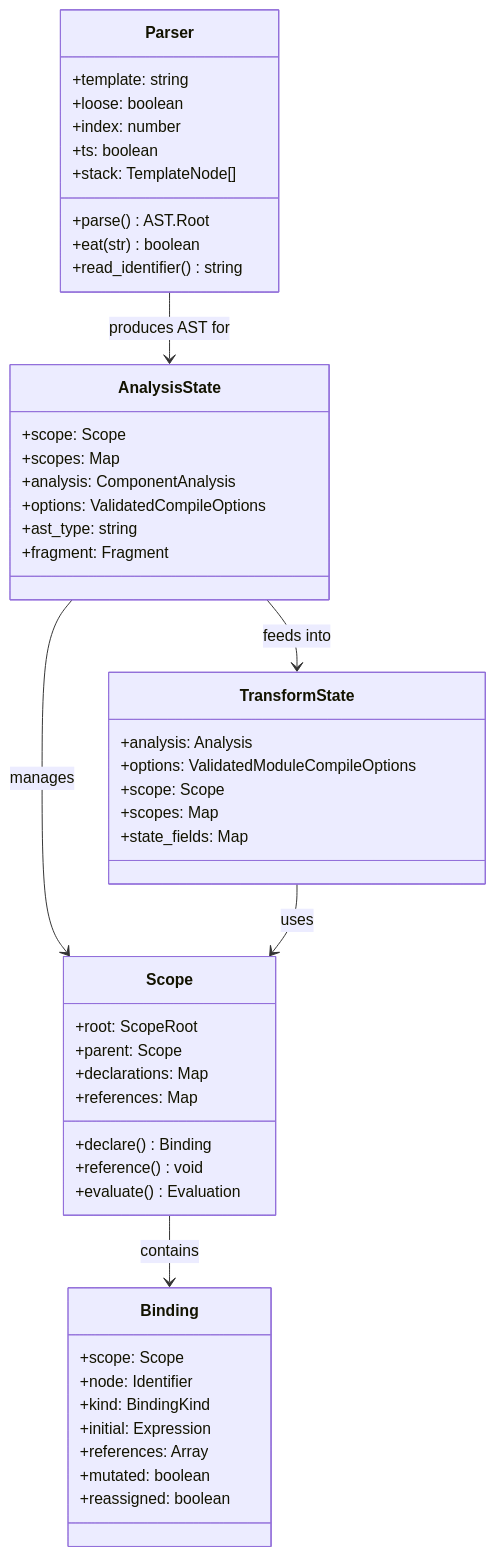
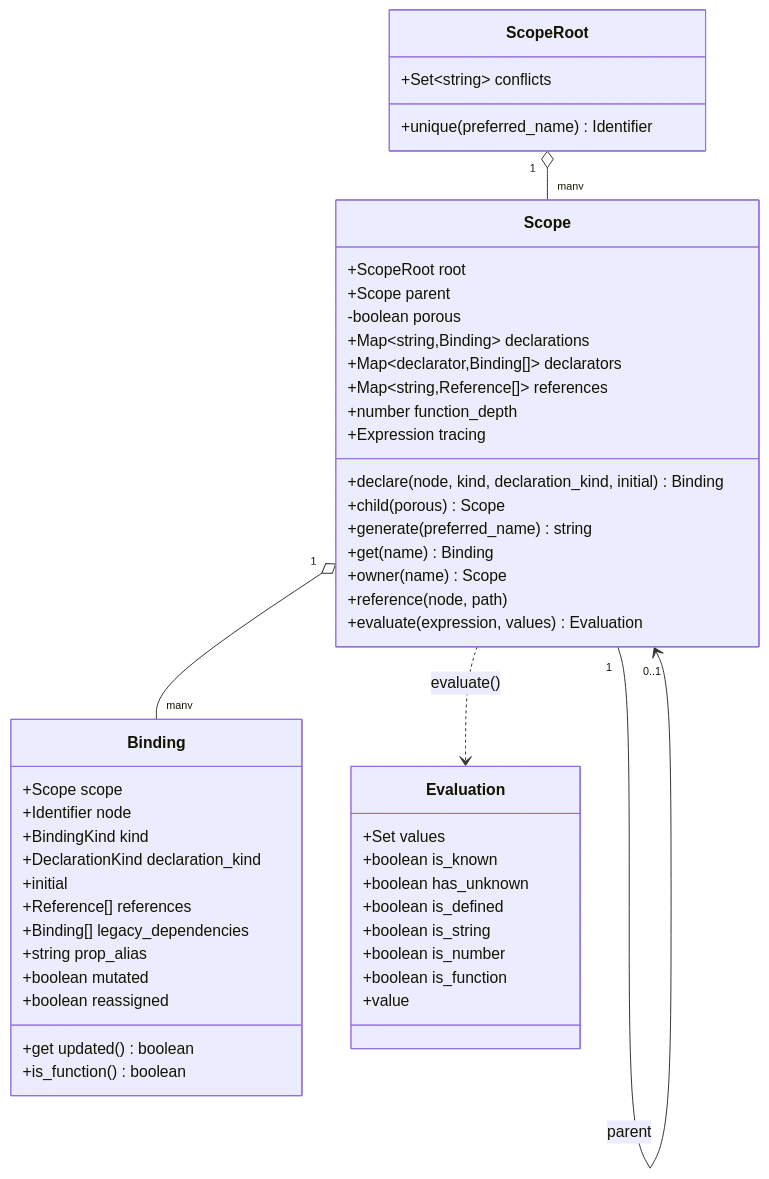
Before and after one commit to FSoft-AI4Code/codewiki-demo: the eighth of 13 diagrams in docs/sveltejs--svelte-docs/compiler_core.md, drawn with Mermaid. The commit also changed other lines of this file and 1767 other files, not shown here.

````diff
--- a/docs/sveltejs--svelte-docs/compiler_core.md
+++ b/docs/sveltejs--svelte-docs/compiler_core.md
@@ -61,56 +341,56 @@
 ```mermaid
 classDiagram
-    class Parser {
-        +template: string
-        +loose: boolean
-        +index: number
-        +ts: boolean
-        +stack: TemplateNode[]
-        +parse() AST.Root
-        +eat(str) boolean
-        +read_identifier() string
+    class ScopeRoot {
+        +Set~string~ conflicts
+        +unique(preferred_name) Identifier
     }
-    
-    class AnalysisState {
-        +scope: Scope
-        +scopes: Map
-        +analysis: ComponentAnalysis
-        +options: ValidatedCompileOptions
-        +ast_type: string
-        +fragment: Fragment
+
+    class Scope {
+        +ScopeRoot root
+        +Scope parent
+        -boolean porous
+        +Map~string,Binding~ declarations
+        +Map~declarator,Binding[]~ declarators
+        +Map~string,Reference[]~ references
+        +number function_depth
+        +Expression tracing
+        +declare(node, kind, declaration_kind, initial) Binding
+        +child(porous) Scope
+        +generate(preferred_name) string
+        +get(name) Binding
+        +owner(name) Scope
+        +reference(node, path)
+        +evaluate(expression, values) Evaluation
     }
-    
-    class Scope {
-        +root: ScopeRoot
-        +parent: Scope
-        +declarations: Map
-        +references: Map
-        +declare() Binding
-        +reference() void
-        +evaluate() Evaluation
+
+    class Binding {
+        +Scope scope
+        +Identifier node
+        +BindingKind kind
+        +DeclarationKind declaration_kind
+        +initial
+        +Reference[] references
+        +Binding[] legacy_dependencies
+        +string prop_alias
+        +boolean mutated
+        +boolean reassigned
+        +get updated() boolean
+        +is_function() boolean
     }
-    
-    class Binding {
-        +scope: Scope
-        +node: Identifier
-        +kind: BindingKind
-        +initial: Expression
-        +references: Array
-        +mutated: boolean
-        +reassigned: boolean
+
+    class Evaluation {
+        +Set values
+        +boolean is_known
+        +boolean has_unknown
+        +boolean is_defined
+        +boolean is_string
+        +boolean is_number
+        +boolean is_function
+        +value
     }
-    
-    class TransformState {
-        +analysis: Analysis
-        +options: ValidatedModuleCompileOptions
-        +scope: Scope
-        +scopes: Map
-        +state_fields: Map
-    }
-    
-    Parser --> AnalysisState : produces AST for
-    AnalysisState --> Scope : manages
-    Scope --> Binding : contains
-    AnalysisState --> TransformState : feeds into
-    TransformState --> Scope : uses
+
+    ScopeRoot "1" o-- "many" Scope
+    Scope "1" o-- "many" Binding
+    Scope "1" --> "0..1" Scope : parent
+    Scope ..> Evaluation : evaluate()
 ```
````
